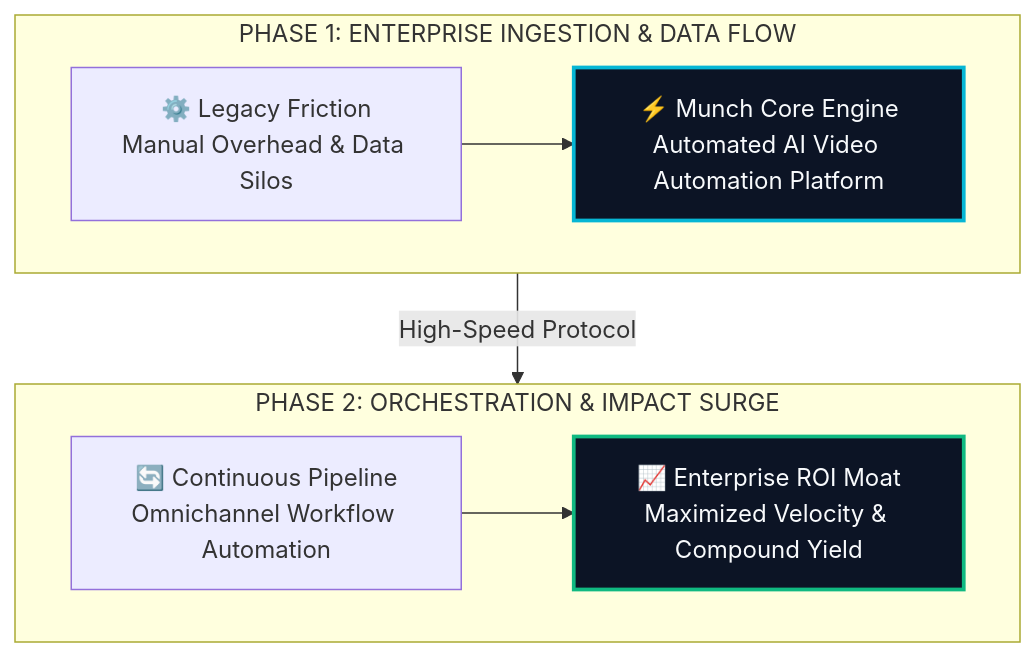
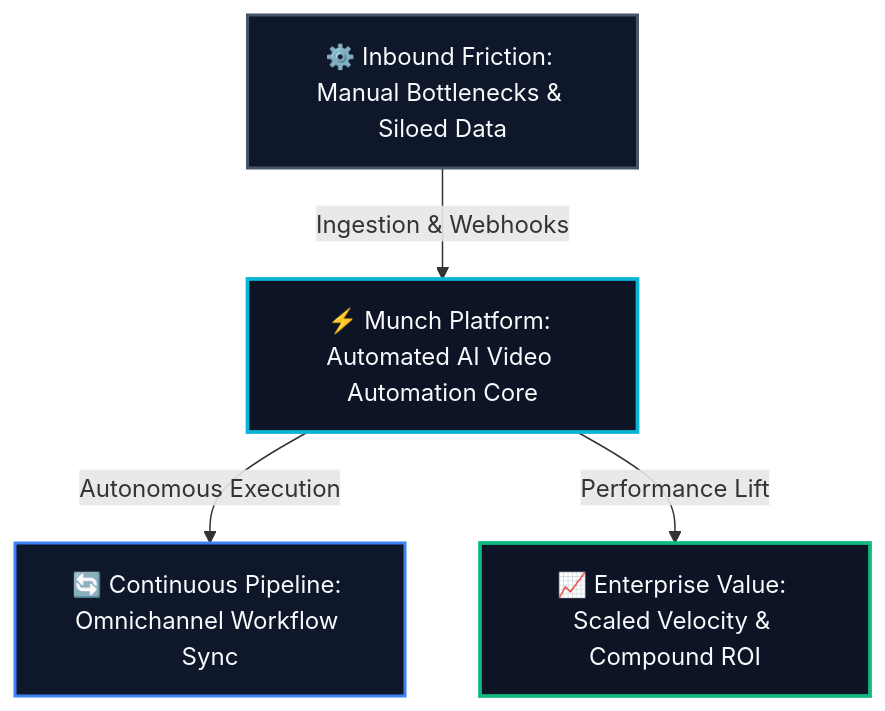
One commit to heliatech-media/saas-radar changed the diagram in site/src/content/blog/munch-evolution-guide-2026.md. Above: the diagram before and after it, drawn with Mermaid. The commit also changed 93 other files, not shown here.

First line of the commit message:
fix(diagrams): resolve dagre-d3 subgraph collision by migrating to balanced 3-tier Hub & Spoke architecture

````diff
--- a/site/src/content/blog/munch-evolution-guide-2026.md
+++ b/site/src/content/blog/munch-evolution-guide-2026.md
@@ -49,14 +49,14 @@
 ```mermaid
 flowchart TD
-    subgraph S1["PHASE 1: ENTERPRISE INGESTION & DATA FLOW"]
-        direction LR
-        A["⚙️ Legacy Friction<br/>Manual Overhead & Data Silos"] --> B["⚡ Munch Core Engine<br/>Automated AI Video Automation Platform"]
-    end
-    subgraph S2["PHASE 2: ORCHESTRATION & IMPACT SURGE"]
-        direction LR
-        C["🔄 Continuous Pipeline<br/>Omnichannel Workflow Automation"] --> D["📈 Enterprise ROI Moat<br/>Maximized Velocity & Compound Yield"]
-    end
-    S1 -->|High-Speed Protocol| S2
-    style B fill:#0c1425,stroke:#06b6d4,stroke-width:2.5px,color:#f8fafc
-    style D fill:#0c1425,stroke:#10b981,stroke-width:2.5px,color:#f8fafc
+    Inp["⚙️ Inbound Friction: Manual Bottlenecks & Siloed Data"]
+    Eng["⚡ Munch Platform: Automated AI Video Automation Core"]
+    Out1["🔄 Continuous Pipeline: Omnichannel Workflow Sync"]
+    Out2["📈 Enterprise Value: Scaled Velocity & Compound ROI"]
+    Inp -->|Ingestion & Webhooks| Eng
+    Eng -->|Autonomous Execution| Out1
+    Eng -->|Performance Lift| Out2
+    style Inp fill:#0f172a,stroke:#475569,stroke-width:2px,color:#f8fafc
+    style Eng fill:#0c1425,stroke:#06b6d4,stroke-width:2.5px,color:#f8fafc
+    style Out1 fill:#0f172a,stroke:#3b82f6,stroke-width:2px,color:#f8fafc
+    style Out2 fill:#0c1425,stroke:#10b981,stroke-width:2.5px,color:#f8fafc
 ```
````
